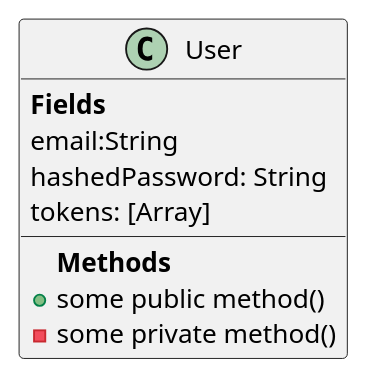
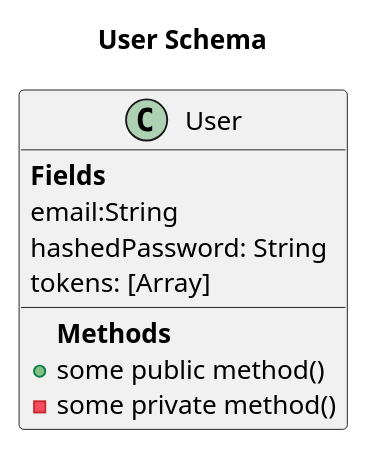
The diagram in src/app/odm/uml/user.puml (TwoFistedJustice/manifold), drawn with PlantUML before and after one commit. The commit also changed 6 other files, not shown here.

Commit message:
Added titles to schema diagrams

```diff
--- a/src/app/odm/uml/user.puml
+++ b/src/app/odm/uml/user.puml
@@ -1,12 +1,14 @@
 @startuml
+title  User Schema
+
 class User {
   {field} <b>Fields</b>
   email:String
   hashedPassword: String
   tokens: [Array]
 
   {method}<b>Methods</b>
   +some public method()
   -some private method()
 }
 @enduml
```
